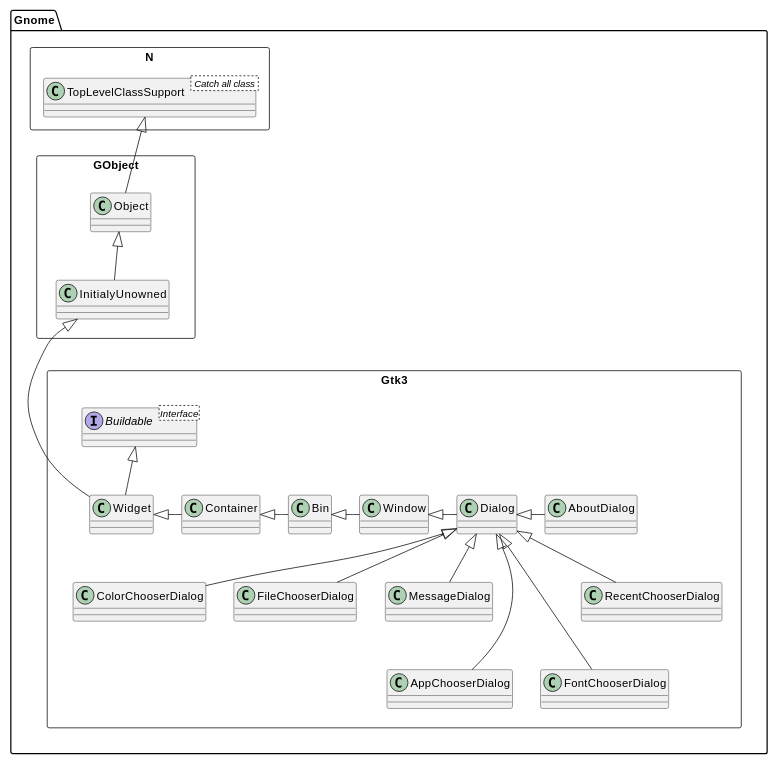
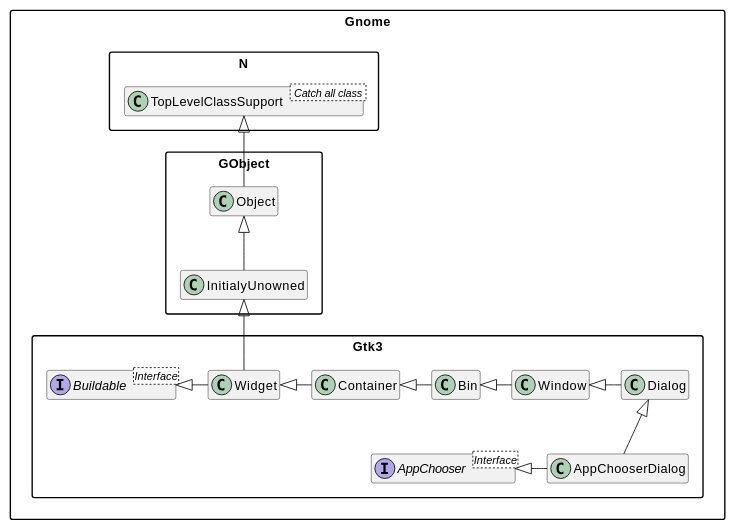
The diagram in docs/content-docs/reference/Gtk3/plantuml/dialogs.md (MARTIMM/gnome-gtk3), drawn with PlantUML before and after one commit. The commit also changed 9 other files, not shown here.

Commit message:
new and changed UML images

````diff
--- a/docs/content-docs/reference/Gtk3/plantuml/dialogs.md
+++ b/docs/content-docs/reference/Gtk3/plantuml/dialogs.md
@@ -1,42 +1,40 @@
 ```plantuml
-scale 0.8
+scale 0.9
+skinparam packageStyle rectangle
+set namespaceSeparator ::
+hide members
 
-set namespaceSeparator ::
+'Class and interface decorations
+class Gnome::N::TopLevelClassSupport < Catch all class >
+'class Gnome::GObject::InitialyUnowned
+'class Gnome::GObject::Object
+Interface Gnome::Gtk3::Buildable <Interface>
+'Interface Gnome::Gtk3::ColorChooser <Interface>
+Interface Gnome::Gtk3::AppChooser <Interface>
 
-package Gnome::N << Rectangle >> {
-}
+'Class connections
+Gnome::N::TopLevelClassSupport <|-- Gnome::GObject::Object
+Gnome::GObject::Object <|-- Gnome::GObject::InitialyUnowned
+Gnome::GObject::InitialyUnowned <|-- Gnome::Gtk3::Widget
 
-package Gnome::GObject << Rectangle >> {
-}
+Gnome::Gtk3::Widget <|- Gnome::Gtk3::Container
+Gnome::Gtk3::Container <|- Gnome::Gtk3::Bin
+Gnome::Gtk3::Bin <|- Gnome::Gtk3::Window
+Gnome::Gtk3::Window <|- Gnome::Gtk3::Dialog
 
-package Gnome::Gtk3 << Rectangle >> {
-}
+'Gnome::Gtk3::Dialog <|-- Gnome::Gtk3::AboutDialog
+'Gnome::Gtk3::Dialog <|-- Gnome::Gtk3::ColorChooserDialog
+'Gnome::Gtk3::Dialog <|-- Gnome::Gtk3::FileChooserDialog
+'Gnome::Gtk3::Dialog <|-- Gnome::Gtk3::MessageDialog
+Gnome::Gtk3::Dialog <|-- Gnome::Gtk3::AppChooserDialog
+'Gnome::Gtk3::Dialog <|-- Gnome::Gtk3::FontChooserDialog
+'Gnome::Gtk3::Dialog <|-- Gnome::Gtk3::RecentChooserDialog
 
-Gnome::Gtk3::Dialog <|- Gnome::Gtk3::AboutDialog
-Gnome::Gtk3::Dialog <|-- Gnome::Gtk3::ColorChooserDialog
-Gnome::Gtk3::Dialog <|-- Gnome::Gtk3::FileChooserDialog
-Gnome::Gtk3::Dialog <|-- Gnome::Gtk3::MessageDialog
-Gnome::Gtk3::Dialog <|--- Gnome::Gtk3::AppChooserDialog
-Gnome::Gtk3::Dialog <|--- Gnome::Gtk3::FontChooserDialog
-Gnome::Gtk3::Dialog <|-- Gnome::Gtk3::RecentChooserDialog
+'Interface connections
+Gnome::Gtk3::Buildable <|- Gnome::Gtk3::Widget
+'Gnome::Gtk3::ColorChooser <|- Gnome::Gtk3::ColorChooserDialog
+Gnome::Gtk3::AppChooser <|- Gnome::Gtk3::AppChooserDialog
 
-Gnome::Gtk3::Window <|- Gnome::Gtk3::Dialog
-Gnome::Gtk3::Bin <|- Gnome::Gtk3::Window
-Gnome::Gtk3::Container <|- Gnome::Gtk3::Bin
-Gnome::Gtk3::Widget <|- Gnome::Gtk3::Container
-
-Interface Gnome::Gtk3::Buildable <Interface>
-Gnome::Gtk3::Buildable <|-- Gnome::Gtk3::Widget
-Gnome::GObject::InitialyUnowned <|--- Gnome::Gtk3::Widget
-
-
-Gnome::GObject <--[hidden]- Gnome::Gtk3
-
-
-class Gnome::GObject::InitialyUnowned
-class Gnome::GObject::Object
-Gnome::GObject::Object <|-- Gnome::GObject::InitialyUnowned
-
-class Gnome::N::TopLevelClassSupport < Catch all class >
-Gnome::N::TopLevelClassSupport <|-- Gnome::GObject::Object
+'Some hidden connections
+'Gnome::GObject <--[hidden]- Gnome::Gtk3
 ```
````
